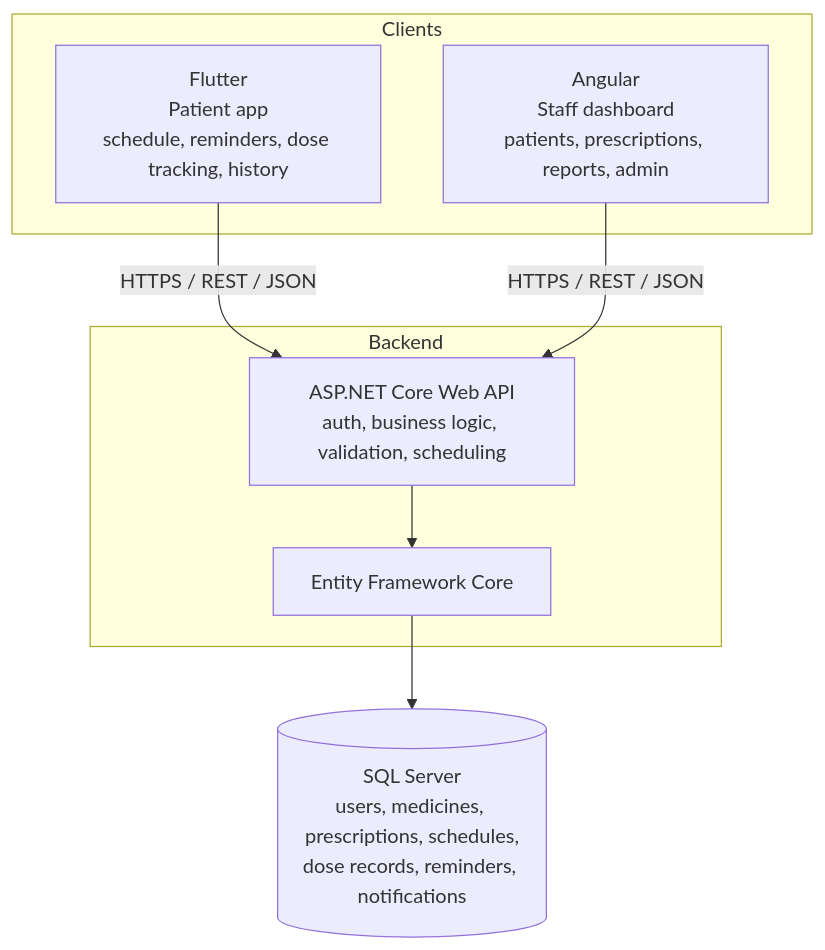
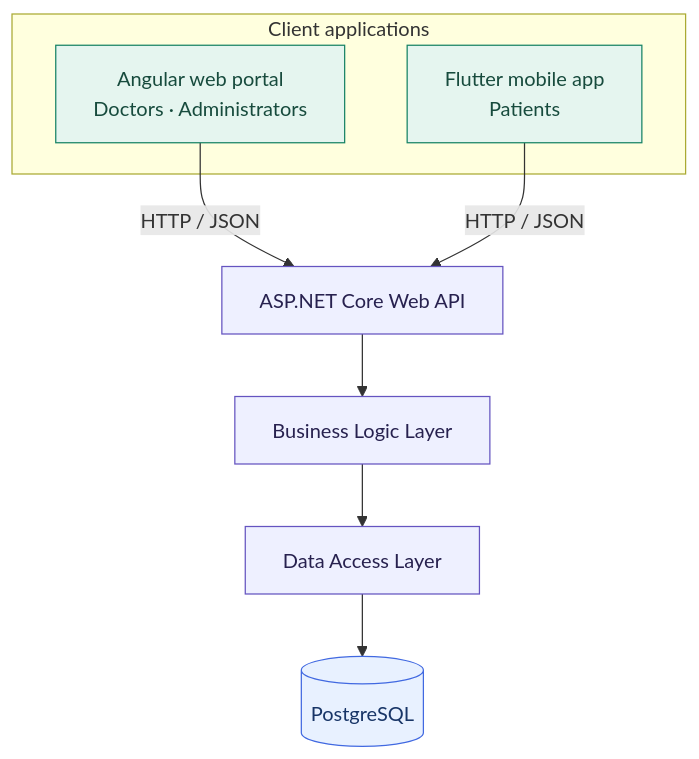
The diagram in README.md (CS-U-G/medication-adherence), drawn with Mermaid before and after one commit. The commit also changed other lines of this file, not shown here.

Commit message:
docs: redesign README to reflect project architecture (#25)

````diff
--- a/README.md
+++ b/README.md
@@ -67,18 +39,18 @@
 ```mermaid
-flowchart TD
-    subgraph Clients
-        M["Flutter<br/>Patient app<br/>schedule, reminders, dose tracking, history"]
-        W["Angular<br/>Staff dashboard<br/>patients, prescriptions, reports, admin"]
+flowchart TB
+    subgraph Clients[Client applications]
+        W["Angular web portal<br/>Doctors · Administrators"]
+        M["Flutter mobile app<br/>Patients"]
     end
-
-    M -->|"HTTPS / REST / JSON"| API
-    W -->|"HTTPS / REST / JSON"| API
-
-    subgraph Backend
-        API["ASP.NET Core Web API<br/>auth, business logic, validation, scheduling"]
-        EF["Entity Framework Core"]
-        API --> EF
-    end
-
-    EF --> DB[("SQL Server<br/>users, medicines, prescriptions, schedules,<br/>dose records, reminders, notifications")]
+    W -->|HTTP / JSON| API["ASP.NET Core Web API"]
+    M -->|HTTP / JSON| API
+    API --> BLL["Business Logic Layer"]
+    BLL --> DAL["Data Access Layer"]
+    DAL --> PG[(PostgreSQL)]
+    classDef client fill:#E5F5EF,stroke:#178365,color:#174B3D;
+    classDef server fill:#EEF0FF,stroke:#6554C0,color:#27214F;
+    classDef data fill:#E8F1FF,stroke:#4169E1,color:#183567;
+    class W,M client;
+    class API,BLL,DAL server;
+    class PG data;
 ```
````
